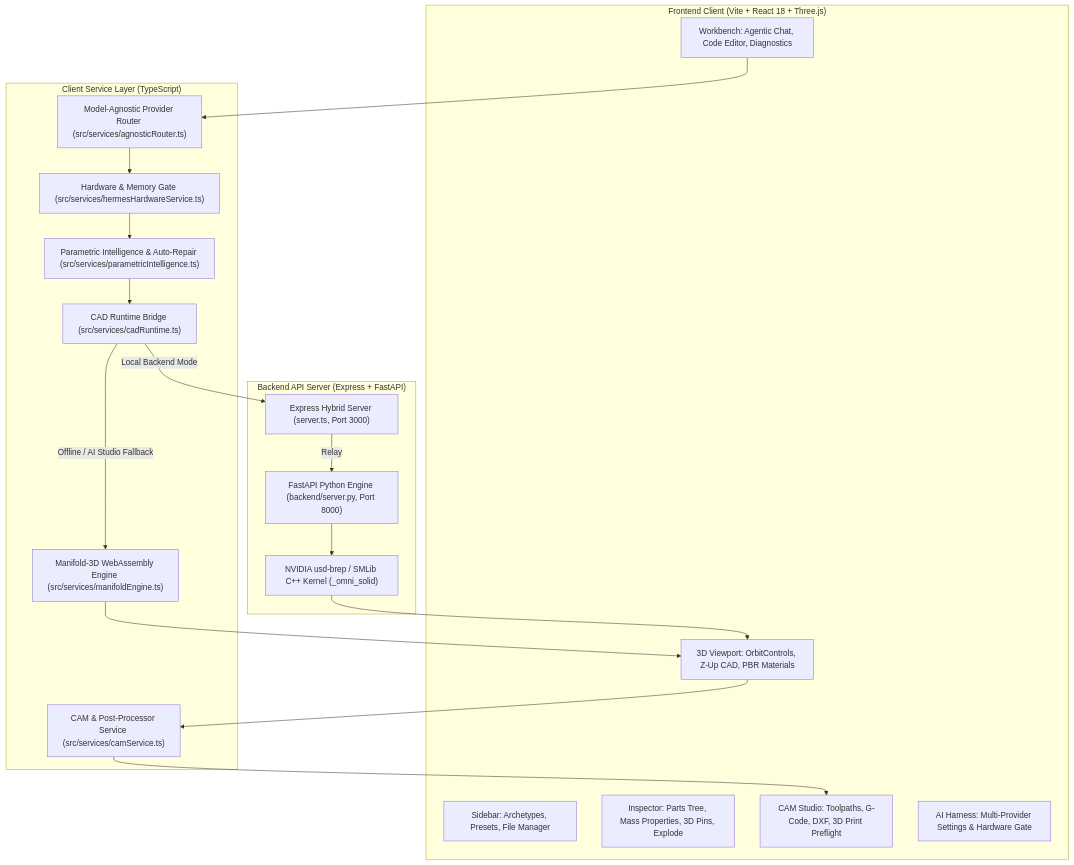
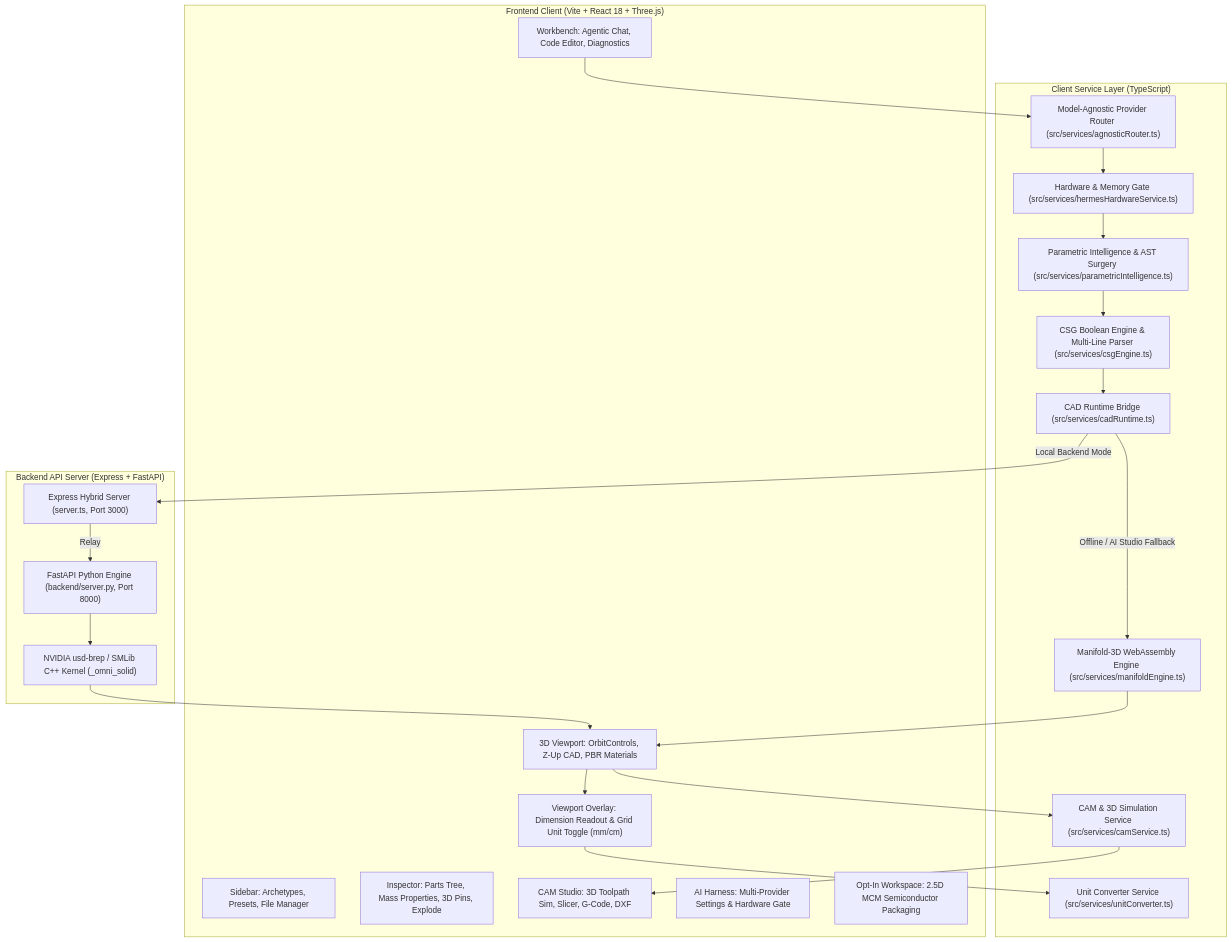
Before and after one commit to jimmyjdejesus-cmyk/agentic-cad-usd-brep: the diagram in ARCHITECTURE_AND_PLAN.md, drawn with Mermaid. The commit also changed other lines of this file and 7 other files, not shown here.

Commit message:
docs(architecture): update README, architecture diagrams, and testing docs to reflect 191 Vitest suites and v1.2.0 baseline

````diff
--- a/ARCHITECTURE_AND_PLAN.md
+++ b/ARCHITECTURE_AND_PLAN.md
@@ -37,39 +37,46 @@
 ```mermaid
 flowchart TD
     subgraph Frontend["Frontend Client (Vite + React 18 + Three.js)"]
         UI_Sidebar["Sidebar: Archetypes, Presets, File Manager"]
         UI_Workbench["Workbench: Agentic Chat, Code Editor, Diagnostics"]
         UI_Inspector["Inspector: Parts Tree, Mass Properties, 3D Pins, Explode"]
         UI_Viewport["3D Viewport: OrbitControls, Z-Up CAD, PBR Materials"]
-        UI_CAM["CAM Studio: Toolpaths, G-Code, DXF, 3D Print Preflight"]
+        UI_Dim["Viewport Overlay: Dimension Readout & Grid Unit Toggle (mm/cm)"]
+        UI_CAM["CAM Studio: 3D Toolpath Sim, Slicer, G-Code, DXF"]
         UI_Harness["AI Harness: Multi-Provider Settings & Hardware Gate"]
+        UI_EDA["Opt-In Workspace: 2.5D MCM Semiconductor Packaging"]
     end
 
     subgraph ServiceLayer["Client Service Layer (TypeScript)"]
         Router["Model-Agnostic Provider Router (src/services/agnosticRouter.ts)"]
         HardwareGate["Hardware & Memory Gate (src/services/hermesHardwareService.ts)"]
-        ParametricAI["Parametric Intelligence & Auto-Repair (src/services/parametricIntelligence.ts)"]
+        ParametricAI["Parametric Intelligence & AST Surgery (src/services/parametricIntelligence.ts)"]
+        CsgEngine["CSG Boolean Engine & Multi-Line Parser (src/services/csgEngine.ts)"]
+        UnitConverter["Unit Converter Service (src/services/unitConverter.ts)"]
         ManifoldCSG["Manifold-3D WebAssembly Engine (src/services/manifoldEngine.ts)"]
-        CAMService["CAM & Post-Processor Service (src/services/camService.ts)"]
+        CAMService["CAM & 3D Simulation Service (src/services/camService.ts)"]
         RuntimeBridge["CAD Runtime Bridge (src/services/cadRuntime.ts)"]
     end
 
     subgraph ServerLayer["Backend API Server (Express + FastAPI)"]
         ExpressServer["Express Hybrid Server (server.ts, Port 3000)"]
         FastAPIServer["FastAPI Python Engine (backend/server.py, Port 8000)"]
         NvidiaKernel["NVIDIA usd-brep / SMLib C++ Kernel (_omni_solid)"]
     end
 
     UI_Workbench --> Router
     Router --> HardwareGate
     HardwareGate --> ParametricAI
-    ParametricAI --> RuntimeBridge
+    ParametricAI --> CsgEngine
+    CsgEngine --> RuntimeBridge
     RuntimeBridge -->|Local Backend Mode| ExpressServer
     ExpressServer -->|Relay| FastAPIServer
     FastAPIServer --> NvidiaKernel
     RuntimeBridge -->|Offline / AI Studio Fallback| ManifoldCSG
     ManifoldCSG --> UI_Viewport
     NvidiaKernel --> UI_Viewport
+    UI_Viewport --> UI_Dim
+    UI_Dim --> UnitConverter
     UI_Viewport --> CAMService
     CAMService --> UI_CAM
 ```
````
